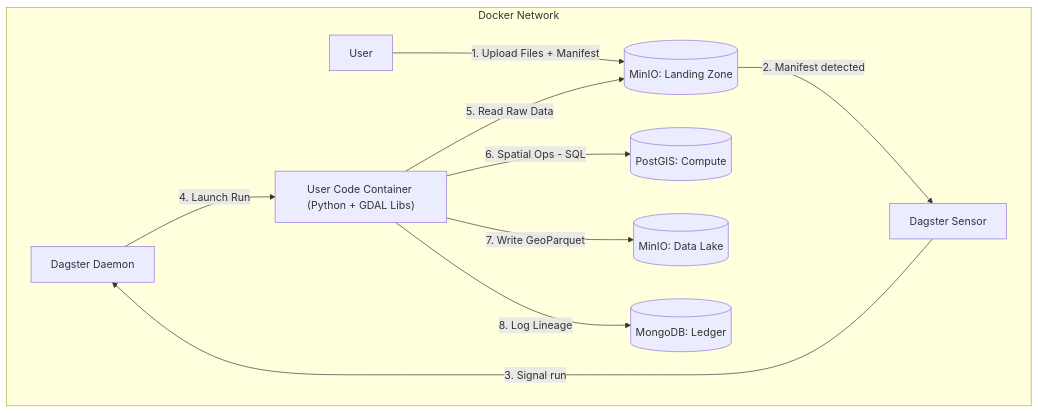
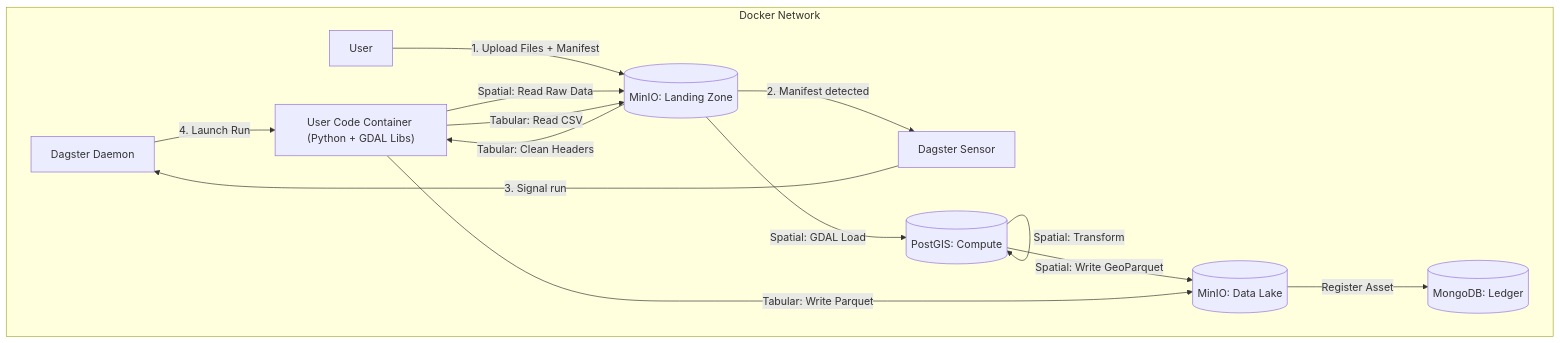
Before and after one commit to imarshallwidjaja/data-etl-dagster: the diagram in AGENTS.md, drawn with Mermaid. The commit also changed other lines of this file and 21 other files, not shown here.

````diff
--- a/AGENTS.md
+++ b/AGENTS.md
@@ -26,22 +26,32 @@
 ```mermaid
 graph TD
     subgraph "Docker Network"
         Daemon[Dagster Daemon]
         Sensor[Dagster Sensor]
         CodeLoc["User Code Container (Python + GDAL Libs)"]
 
         Landing[(MinIO: Landing Zone)]
         Lake[(MinIO: Data Lake)]
         Mongo[(MongoDB: Ledger)]
         PostGIS[(PostGIS: Compute)]
 
         User -->|1. Upload Files + Manifest| Landing
         Landing -->|2. Manifest detected| Sensor
         Sensor -->|3. Signal run| Daemon
         Daemon -->|4. Launch Run| CodeLoc
-        CodeLoc -->|5. Read Raw Data| Landing
-        CodeLoc -->|6. Spatial Ops - SQL| PostGIS
-        CodeLoc -->|7. Write GeoParquet| Lake
-        CodeLoc -->|8. Log Lineage| Mongo
+
+        %% Spatial processing branch
+        CodeLoc -->|Spatial: Read Raw Data| Landing
+        Landing -->|Spatial: GDAL Load| PostGIS
+        PostGIS -->|Spatial: Transform| PostGIS
+        PostGIS -->|Spatial: Write GeoParquet| Lake
+
+        %% Tabular processing branch
+        CodeLoc -->|Tabular: Read CSV| Landing
+        Landing -->|Tabular: Clean Headers| CodeLoc
+        CodeLoc -->|Tabular: Write Parquet| Lake
+
+        %% Common final steps
+        Lake -->|Register Asset| Mongo
     end
 ```
````
